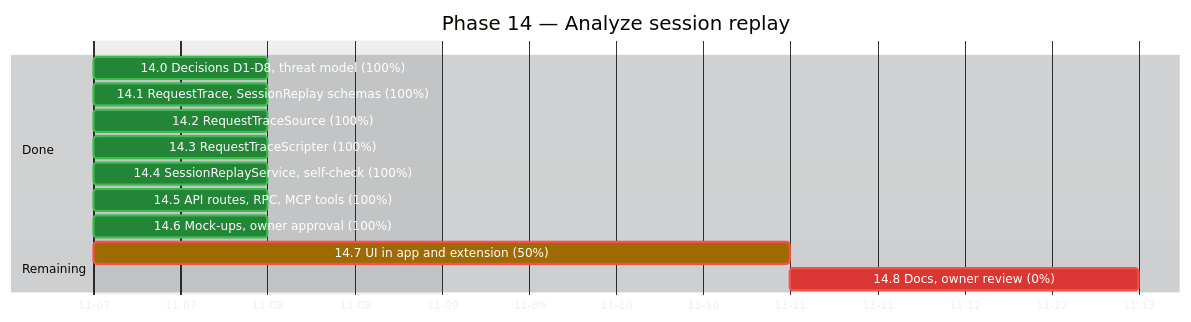
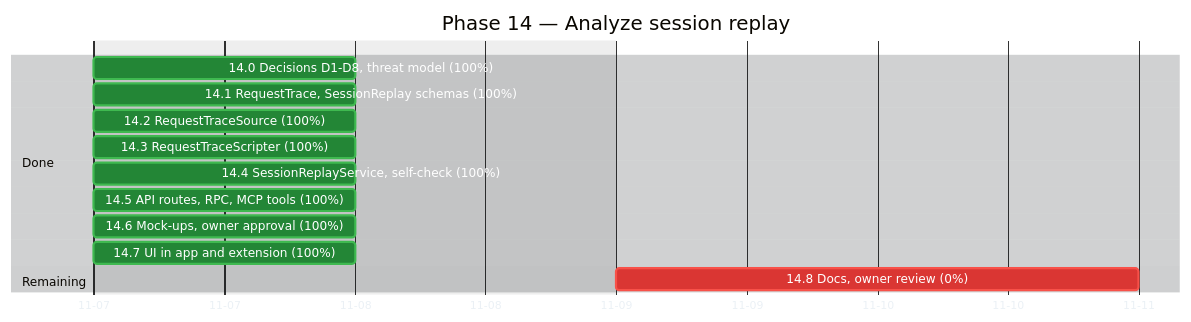
Before and after one commit to raulkivi/agent-cost-analyzer: the third of 3 diagrams in docs/implementation-plan-gantt.md, drawn with Mermaid. The commit also changed other lines of this file and 8 other files, not shown here.

````diff
--- a/docs/implementation-plan-gantt.md
+++ b/docs/implementation-plan-gantt.md
@@ -196,47 +196,48 @@
 ```mermaid
 %%{init: {
   "theme": "base",
   "themeVariables": {
     "darkMode": true,
     "background": "#0d1117",
     "textColor": "#e6edf3",
     "primaryTextColor": "#e6edf3",
     "lineColor": "#8b949e",
     "sectionBkgColor": "#161b22",
     "sectionBkgColor2": "#1c2129",
     "altSectionBkgColor": "#0d1117",
     "gridColor": "#30363d",
     "todayLineColor": "#f85149",
     "taskBkgColor": "#1f6feb",
     "taskBorderColor": "#58a6ff",
     "taskTextColor": "#ffffff",
     "taskTextLightColor": "#ffffff",
     "taskTextDarkColor": "#ffffff",
     "taskTextOutsideColor": "#e6edf3",
     "doneTaskBkgColor": "#238636",
     "doneTaskBorderColor": "#3fb950",
     "activeTaskBkgColor": "#9e6a03",
     "activeTaskBorderColor": "#d29922",
     "critBkgColor": "#da3633",
     "critBorderColor": "#f85149"
   }
 }}%%
 gantt
     title Phase 14 — Analyze session replay
     dateFormat YYYY-MM-DD
     axisFormat %m-%d
     excludes weekends
 
     section Done
     14.0 Decisions D1-D8, threat model (100%)       :done, s0, 2026-11-07, 1d
     14.1 RequestTrace, SessionReplay schemas (100%) :done, s1, 2026-11-07, 1d
     14.2 RequestTraceSource (100%)                  :done, s2, 2026-11-07, 1d
     14.3 RequestTraceScripter (100%)                :done, s3, 2026-11-07, 1d
     14.4 SessionReplayService, self-check (100%)    :done, s4, 2026-11-07, 1d
     14.5 API routes, RPC, MCP tools (100%)          :done, s5, 2026-11-07, 1d
     14.6 Mock-ups, owner approval (100%)            :done, s6, 2026-11-07, 1d
 
+    14.7 UI in app and extension (100%)             :done, s7, 2026-11-07, 1d
+
     section Remaining
-    14.7 UI in app and extension (50%)              :active, crit, s7, 2026-11-07, 3d
     14.8 Docs, owner review (0%)                    :crit, s8, after s7, 2d
 ```
````
